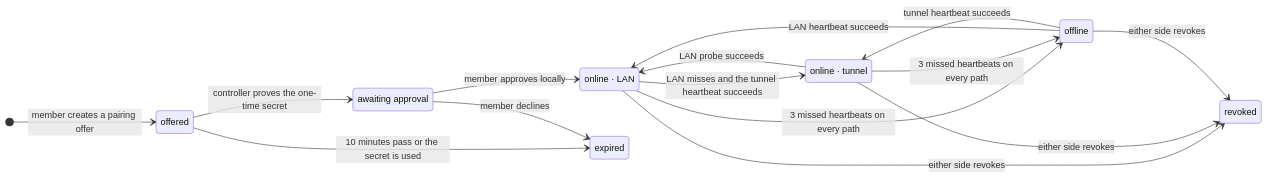
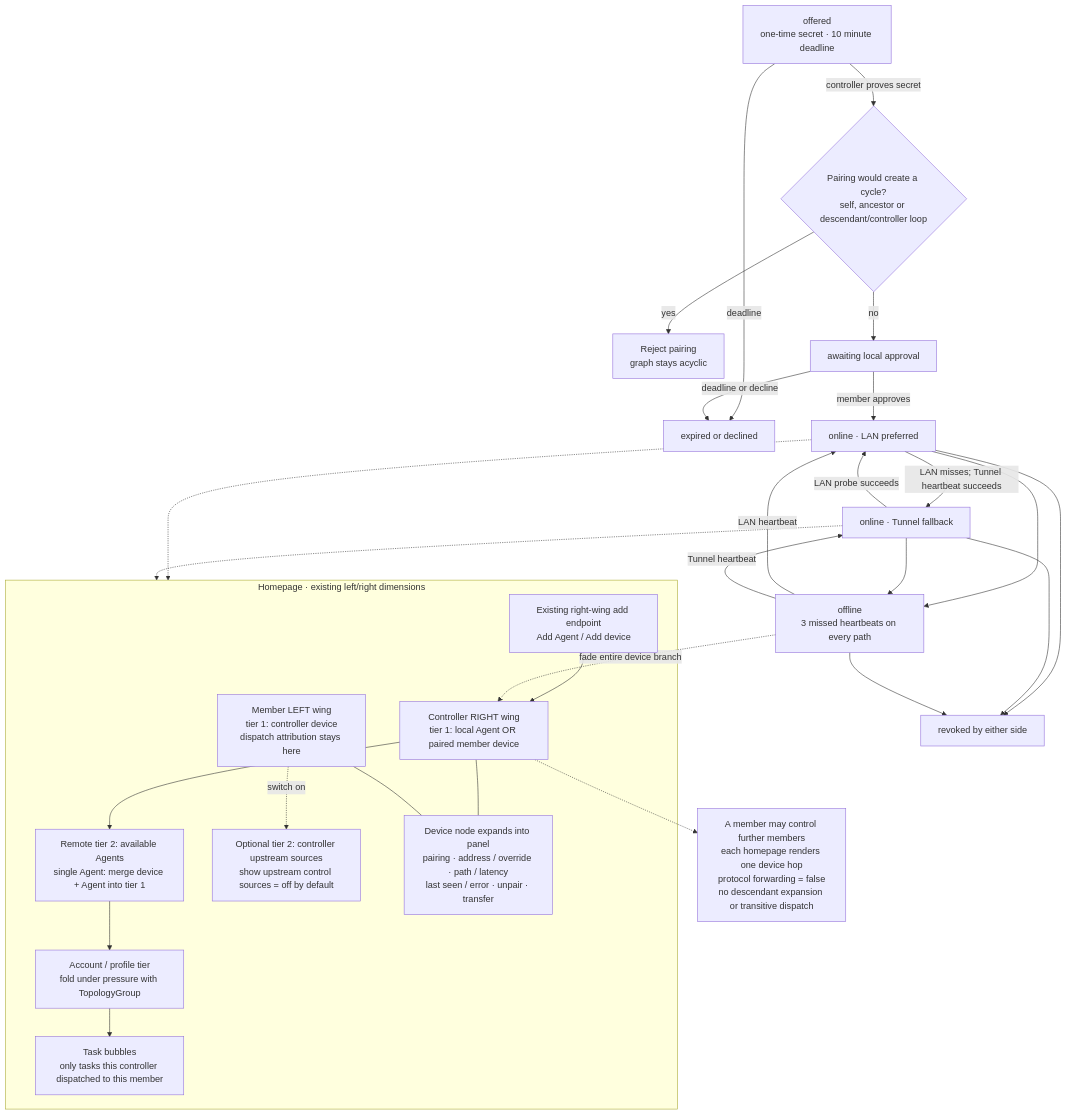
The diagram in arch/mechanisms/device-link.mmd (whzxc/agent-remote-control), drawn with Mermaid before and after one commit. The commit also changed 14 other files, not shown here.

Commit message:
docs(design): propose device level in homepage topology

```diff
--- a/arch/mechanisms/device-link.mmd
+++ b/arch/mechanisms/device-link.mmd
@@ -1,32 +1,51 @@
-%% Device link (layer 2): pairing and reachability of one member as seen by its controller.
+%% Device link (layer 2): pairing guard and one-hop homepage projections.
 %% Index and code mapping: docs/dev/arch-assets.md
-stateDiagram-v2
-  direction LR
-  state "offered" as offered
-  state "awaiting approval" as pending
-  state "online · LAN" as lan
-  state "online · tunnel" as tunnel
-  state "offline" as offline
-  state "expired" as expired
-  state "revoked" as revoked
-  [*] --> offered: member creates a pairing offer
-  offered --> pending: controller proves the one-time secret
-  offered --> expired: 10 minutes pass or the secret is used
-  pending --> lan: member approves locally
-  pending --> expired: member declines
-  lan --> tunnel: LAN misses and the tunnel heartbeat succeeds
-  tunnel --> lan: LAN probe succeeds
-  lan --> offline: 3 missed heartbeats on every path
-  tunnel --> offline: 3 missed heartbeats on every path
-  offline --> lan: LAN heartbeat succeeds
-  offline --> tunnel: tunnel heartbeat succeeds
-  lan --> revoked: either side revokes
-  tunnel --> revoked: either side revokes
-  offline --> revoked: either side revokes
-  class offered waiting
-  class pending waiting
-  class lan done
-  class tunnel done
-  class offline stopped
-  class expired stopped
-  class revoked stopped
+flowchart TB
+  offer["offered<br/>one-time secret · 10 minute deadline"]
+  guard{"Pairing would create a cycle?<br/>self, ancestor or descendant/controller loop"}
+  reject["Reject pairing<br/>graph stays acyclic"]
+  pending["awaiting local approval"]
+  expired["expired or declined"]
+  lan["online · LAN preferred"]
+  tunnel["online · Tunnel fallback"]
+  offline["offline<br/>3 missed heartbeats on every path"]
+  revoked["revoked by either side"]
+  offer -->|"controller proves secret"| guard
+  guard -->|"yes"| reject
+  guard -->|"no"| pending
+  offer -->|"deadline"| expired
+  pending -->|"deadline or decline"| expired
+  pending -->|"member approves"| lan
+  lan -->|"LAN misses; Tunnel heartbeat succeeds"| tunnel
+  tunnel -->|"LAN probe succeeds"| lan
+  lan --> offline
+  tunnel --> offline
+  offline -->|"LAN heartbeat"| lan
+  offline -->|"Tunnel heartbeat"| tunnel
+  lan --> revoked
+  tunnel --> revoked
+  offline --> revoked
+  subgraph VIEW["Homepage · existing left/right dimensions"]
+    right["Controller RIGHT wing<br/>tier 1: local Agent OR paired member device"]
+    agent["Remote tier 2: available Agents<br/>single Agent: merge device + Agent into tier 1"]
+    account["Account / profile tier<br/>fold under pressure with TopologyGroup"]
+    task["Task bubbles<br/>only tasks this controller dispatched to this member"]
+    left["Member LEFT wing<br/>tier 1: controller device<br/>dispatch attribution stays here"]
+    upstream["Optional tier 2: controller upstream sources<br/>show upstream control sources = off by default"]
+    management["Device node expands into panel<br/>pairing · address / override · path / latency<br/>last seen / error · unpair · transfer"]
+    add["Existing right-wing add endpoint<br/>Add Agent / Add device"]
+    right --> agent --> account --> task
+    left -.->|"switch on"| upstream
+    right --- management
+    left --- management
+    add --> right
+  end
+  lan -.-> VIEW
+  tunnel -.-> VIEW
+  offline -.->|"fade entire device branch"| right
+  nesting["A member may control further members<br/>each homepage renders one device hop<br/>protocol forwarding = false<br/>no descendant expansion or transitive dispatch"]
+  right -.-> nesting
+  class offer,pending waiting
+  class lan,tunnel done
+  class offline,expired,revoked,reject stopped
+  class right,agent,account,task,left,upstream,management,add,nesting experimental
```
